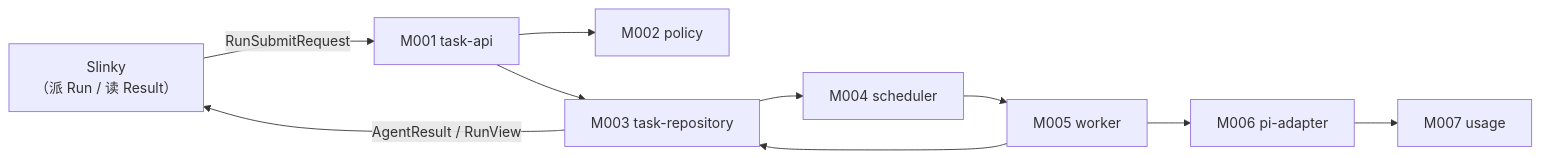
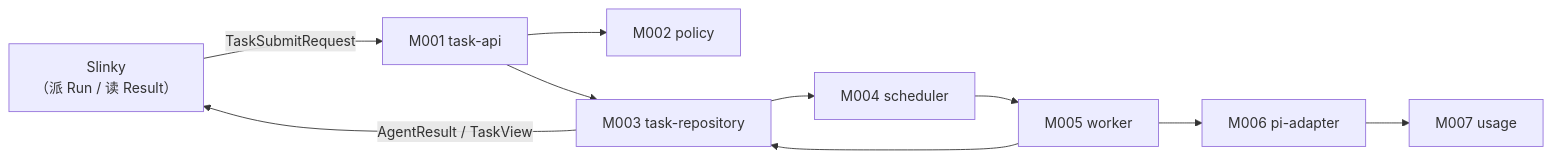
One commit to corezilla/piko changed the first of 9 diagrams in docs/20_system_design/mechanisms/piko-run.md. Above: the diagram before and after it, drawn with Mermaid. The commit also changed other lines of this file and 20 other files, not shown here.

````diff
--- a/docs/20_system_design/mechanisms/piko-run.md
+++ b/docs/20_system_design/mechanisms/piko-run.md
@@ -32,12 +32,12 @@
 ```mermaid
 flowchart LR
-  S["Slinky<br/>（派 Run / 读 Result）"] -->|"RunSubmitRequest"| M1["M001 task-api"]
+  S["Slinky<br/>（派 Run / 读 Result）"] -->|"TaskSubmitRequest"| M1["M001 task-api"]
   M1 --> M2["M002 policy"]
   M1 --> M3["M003 task-repository"]
   M3 --> M4["M004 scheduler"]
   M4 --> M5["M005 worker"]
   M5 --> M6["M006 pi-adapter"]
   M6 --> M7["M007 usage"]
   M5 --> M3
-  M3 -->|"AgentResult / RunView"| S
+  M3 -->|"AgentResult / TaskView"| S
 ```
````
